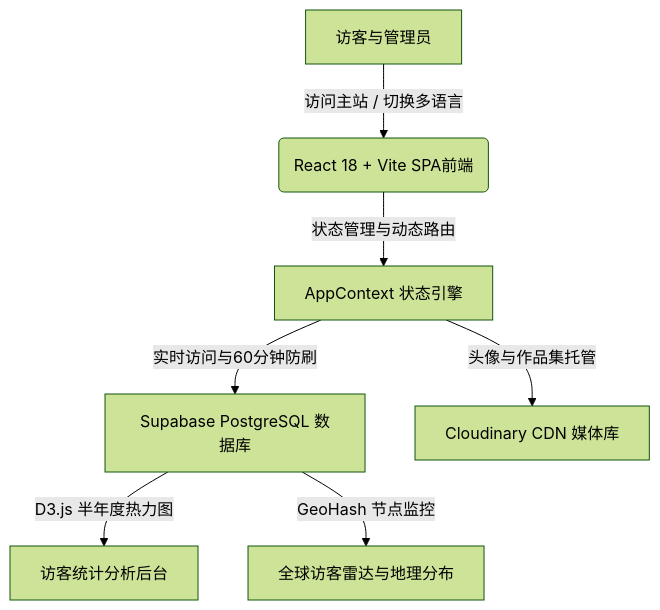
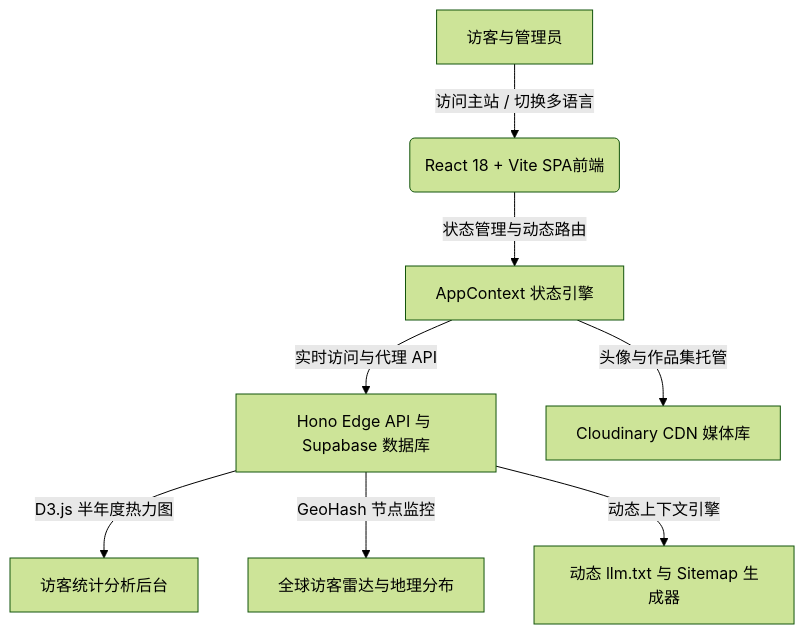
Before and after one commit to adlerdler/Kyvero: the diagram in README_CN.md, drawn with Mermaid (forest theme). The commit also changed other lines of this file and 12 other files, not shown here.

````diff
--- a/README_CN.md
+++ b/README_CN.md
@@ -21,9 +25,10 @@
 ```mermaid
 graph TD
     A[访客与管理员] -->|访问主站 / 切换多语言| B(React 18 + Vite SPA前端)
     B -->|状态管理与动态路由| C[AppContext 状态引擎]
-    C -->|实时访问与60分钟防刷| D[Supabase PostgreSQL 数据库]
+    C -->|实时访问与代理 API| D[Hono Edge API 与 Supabase 数据库]
     C -->|头像与作品集托管| E[Cloudinary CDN 媒体库]
     D -->|D3.js 半年度热力图| F[访客统计分析后台]
     D -->|GeoHash 节点监控| G[全球访客雷达与地理分布]
+    D -->|动态上下文引擎| H[动态 llm.txt 与 Sitemap 生成器]
 ```
````
